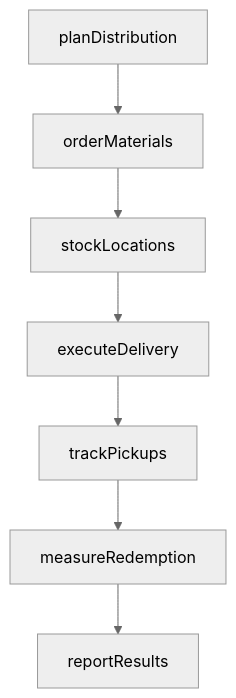
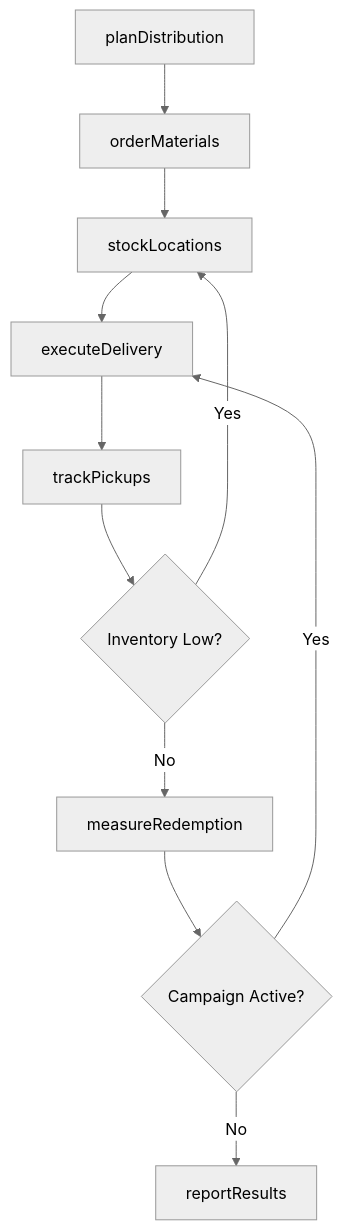
Before and after one commit to dot-org-ai/tasks.org.ai: the third of 4 diagrams in SellingOrInfluencingOthers/PromoteProductsServicesOrPrograms/DistributePromotionalLiteratureSamplesCustomers.mdx, drawn with Mermaid (neutral theme). The commit also changed other lines of this file and 504 other files, not shown here.

First line of the commit message:
feat: Add ER diagrams, state diagrams, and workflow improvements to 96 DWA task files

````diff
--- a/SellingOrInfluencingOthers/PromoteProductsServicesOrPrograms/DistributePromotionalLiteratureSamplesCustomers.mdx
+++ b/SellingOrInfluencingOthers/PromoteProductsServicesOrPrograms/DistributePromotionalLiteratureSamplesCustomers.mdx
@@ -87,9 +114,13 @@
 ```mermaid
 graph TD
     A[planDistribution] --> B[orderMaterials]
     B --> C[stockLocations]
     C --> D[executeDelivery]
     D --> E[trackPickups]
-    E --> F[measureRedemption]
-    F --> G[reportResults]
+    E --> F{Inventory Low?}
+    F -->|Yes| C
+    F -->|No| G[measureRedemption]
+    G --> H{Campaign Active?}
+    H -->|Yes| D
+    H -->|No| I[reportResults]
 ```
````
